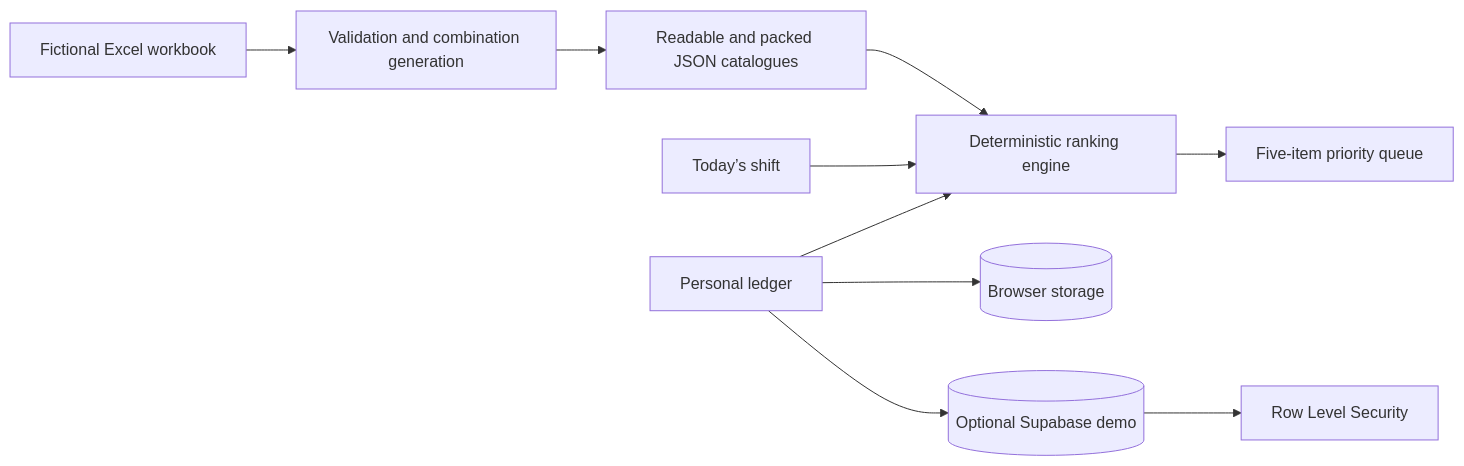
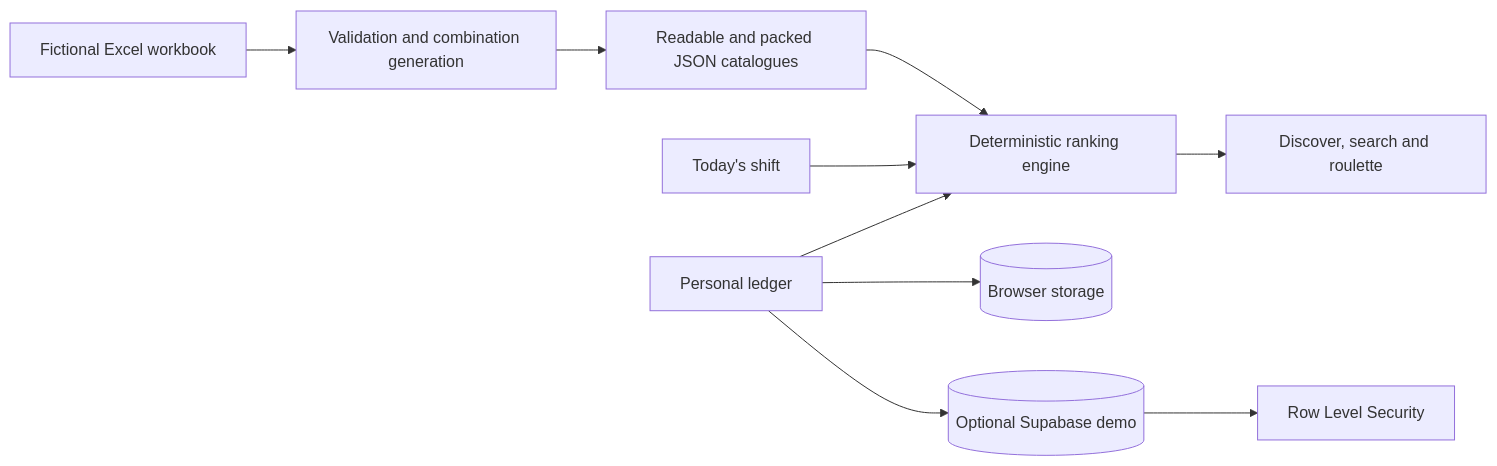
One commit to QuestyQ/novelbite changed the diagram in README.md. Above: the diagram before and after it, drawn with Mermaid. The commit also changed other lines of this file and 22 other files, not shown here.

````diff
--- a/README.md
+++ b/README.md
@@ -43,12 +50,12 @@
 ```mermaid
 flowchart LR
   A[Fictional Excel workbook] --> B[Validation and combination generation]
   B --> C[Readable and packed JSON catalogues]
   C --> D[Deterministic ranking engine]
-  E[Today’s shift] --> D
+  E[Today's shift] --> D
   F[Personal ledger] --> D
-  D --> G[Five-item priority queue]
+  D --> G[Discover, search and roulette]
   F --> H[(Browser storage)]
   F --> I[(Optional Supabase demo)]
   I --> J[Row Level Security]
 ```
````
